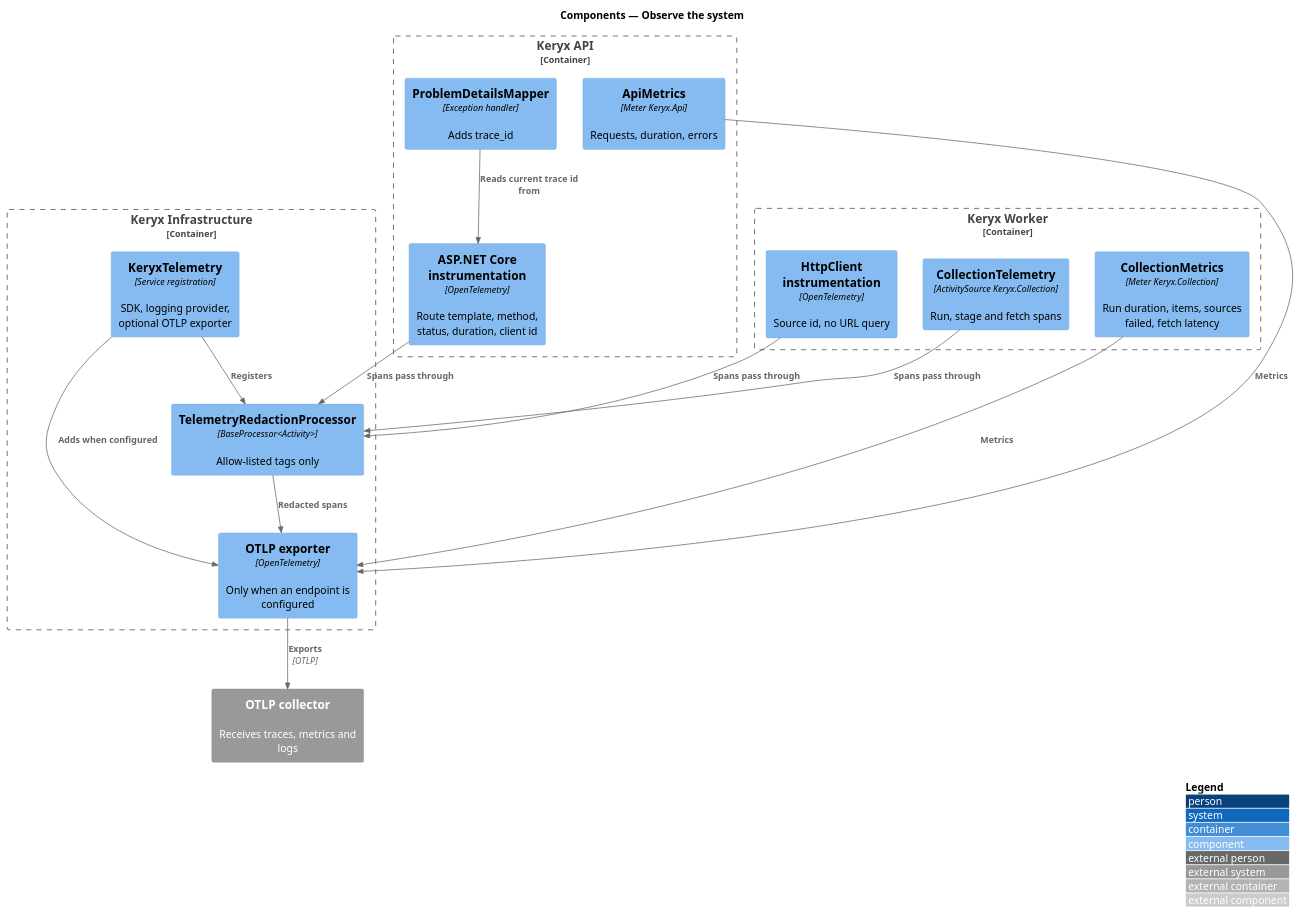
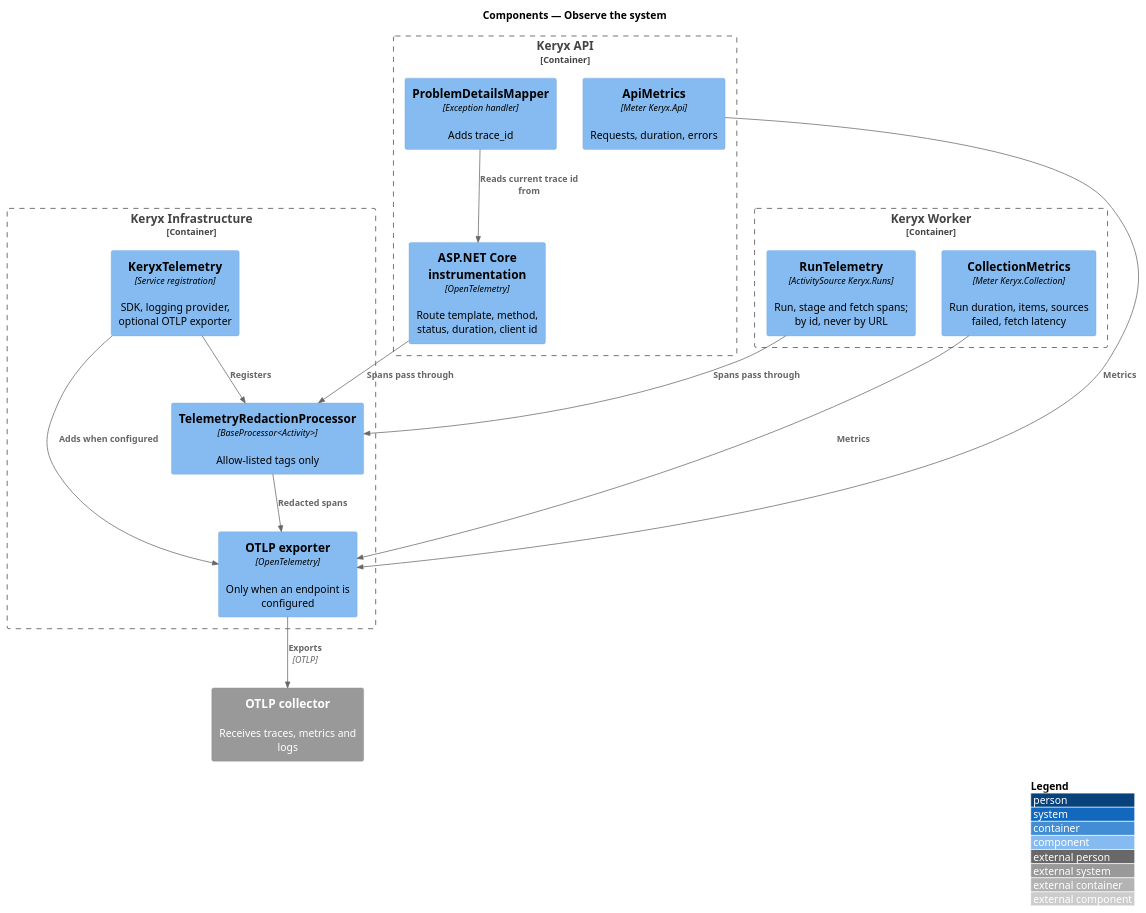
One commit to QuinntyneBrown/keryx changed the diagram in docs/detailed-designs/operations/observe-the-system/diagrams/c4-component.puml. Above: the diagram before and after it, drawn with PlantUML. The commit also changed 18 other files, not shown here.

First line of the commit message:
Trace each worker run, with a span per stage and per source fetch

```diff
--- a/docs/detailed-designs/operations/observe-the-system/diagrams/c4-component.puml
+++ b/docs/detailed-designs/operations/observe-the-system/diagrams/c4-component.puml
@@ -1,33 +1,31 @@
 @startuml
 !include <C4/C4_Component>
 LAYOUT_WITH_LEGEND()
 title Components — Observe the system
 
 Container_Boundary(api, "Keryx API") {
   Component(aspnet, "ASP.NET Core instrumentation", "OpenTelemetry", "Route template, method, status, duration, client id")
   Component(apim, "ApiMetrics", "Meter Keryx.Api", "Requests, duration, errors")
   Component(pdm, "ProblemDetailsMapper", "Exception handler", "Adds trace_id")
 }
 Container_Boundary(worker, "Keryx Worker") {
-  Component(colt, "CollectionTelemetry", "ActivitySource Keryx.Collection", "Run, stage and fetch spans")
+  Component(colt, "RunTelemetry", "ActivitySource Keryx.Runs", "Run, stage and fetch spans; by id, never by URL")
   Component(colm, "CollectionMetrics", "Meter Keryx.Collection", "Run duration, items, sources failed, fetch latency")
-  Component(http, "HttpClient instrumentation", "OpenTelemetry", "Source id, no URL query")
 }
 Container_Boundary(infra, "Keryx Infrastructure") {
   Component(setup, "KeryxTelemetry", "Service registration", "SDK, logging provider, optional OTLP exporter")
   Component(red, "TelemetryRedactionProcessor", "BaseProcessor<Activity>", "Allow-listed tags only")
   Component(exp, "OTLP exporter", "OpenTelemetry", "Only when an endpoint is configured")
 }
 System_Ext(otel, "OTLP collector", "Receives traces, metrics and logs")
 
 Rel(aspnet, red, "Spans pass through")
 Rel(colt, red, "Spans pass through")
-Rel(http, red, "Spans pass through")
 Rel(red, exp, "Redacted spans")
 Rel(apim, exp, "Metrics")
 Rel(colm, exp, "Metrics")
 Rel(setup, red, "Registers")
 Rel(setup, exp, "Adds when configured")
 Rel(exp, otel, "Exports", "OTLP")
 Rel(pdm, aspnet, "Reads current trace id from")
 @enduml
```
